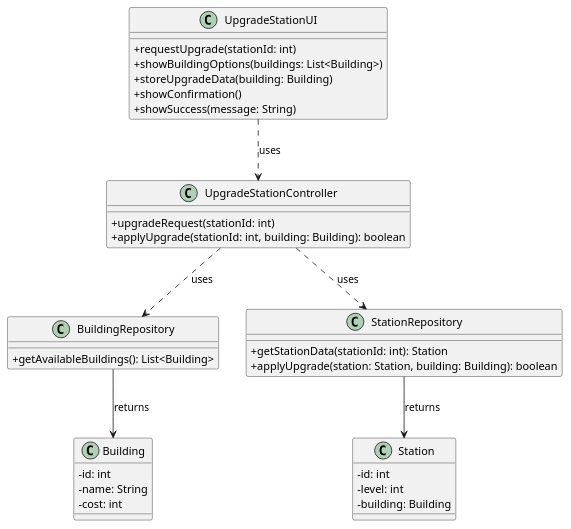
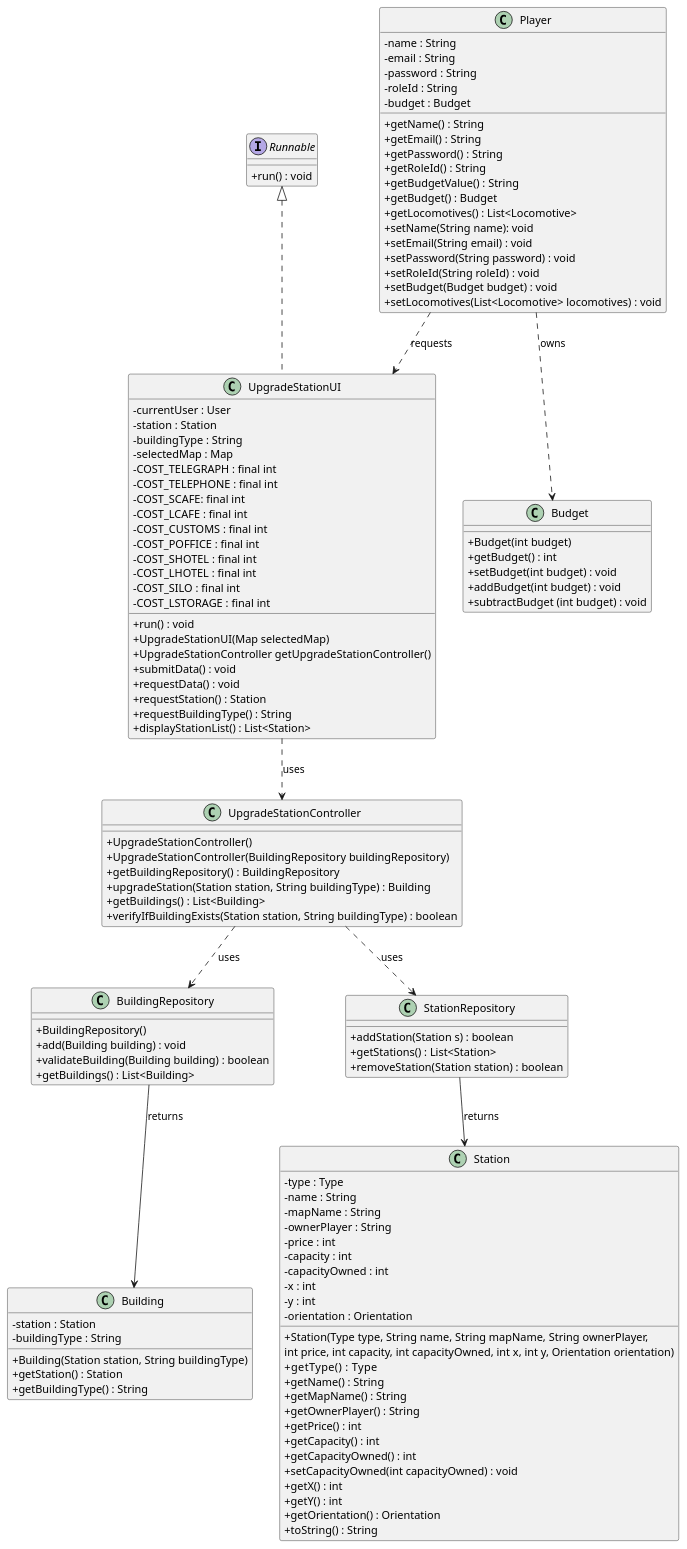
Before and after one commit to goncalolopesp/sem2-pi-24.25-g093-repo: the diagram in docs/system-documentation/US006/03.design/puml/US006-CD.puml, drawn with PlantUML. The commit also changed 3 other files, not shown here.

```diff
--- a/docs/system-documentation/US006/03.design/puml/US006-CD.puml
+++ b/docs/system-documentation/US006/03.design/puml/US006-CD.puml
@@ -1,48 +1,133 @@
 @startuml US006-CD
 skinparam packageStyle rectangle
 skinparam shadowing false
 skinparam linetype polyline
 skinparam classAttributeIconSize 0
 
-class UpgradeStationUI {
-  + requestUpgrade(stationId: int)
-  + showBuildingOptions(buildings: List<Building>)
-  + storeUpgradeData(building: Building)
-  + showConfirmation()
-  + showSuccess(message: String)
+interface Runnable{
+    + run() : void
+}
+class UpgradeStationUI implements Runnable {
+  - currentUser : User
+  - station : Station
+  - buildingType : String
+  - selectedMap : Map
+  - COST_TELEGRAPH : final int
+  - COST_TELEPHONE : final int
+  - COST_SCAFE: final int
+  - COST_LCAFE : final int
+  - COST_CUSTOMS : final int
+  - COST_POFFICE : final int
+  - COST_SHOTEL : final int
+  - COST_LHOTEL : final int
+  - COST_SILO : final int
+  - COST_LSTORAGE : final int
+  + run() : void
+  + UpgradeStationUI(Map selectedMap)
+  + UpgradeStationController getUpgradeStationController()
+  + submitData() : void
+  + requestData() : void
+  + requestStation() : Station
+  + requestBuildingType() : String
+  + displayStationList() : List<Station>
 }
 
 class UpgradeStationController {
-  + upgradeRequest(stationId: int)
-  + applyUpgrade(stationId: int, building: Building): boolean
+  + UpgradeStationController()
+  + UpgradeStationController(BuildingRepository buildingRepository)
+  + getBuildingRepository() : BuildingRepository
+  + upgradeStation(Station station, String buildingType) : Building
+  + getBuildings() : List<Building>
+  + verifyIfBuildingExists(Station station, String buildingType) : boolean
 }
 
 class BuildingRepository {
-  + getAvailableBuildings(): List<Building>
+  + BuildingRepository()
+  + add(Building building) : void
+  + validateBuilding(Building building) : boolean
+  + getBuildings() : List<Building>
 }
 
 class StationRepository {
-  + getStationData(stationId: int): Station
-  + applyUpgrade(station: Station, building: Building): boolean
+  + addStation(Station s) : boolean
+  + getStations() : List<Station>
+  + removeStation(Station station) : boolean
 }
 
 class Building {
-  - id: int
-  - name: String
-  - cost: int
+  - station : Station
+  - buildingType : String
+  + Building(Station station, String buildingType)
+  + getStation() : Station
+  + getBuildingType() : String
 }
 
 class Station {
-  - id: int
-  - level: int
-  - building: Building
+    - type : Type
+    - name : String
+    - mapName : String
+    - ownerPlayer : String
+    - price : int
+    - capacity : int
+    - capacityOwned : int
+    - x : int
+    - y : int
+    - orientation : Orientation
+    + Station(Type type, String name, String mapName, String ownerPlayer,
+                         int price, int capacity, int capacityOwned, int x, int y, Orientation orientation)
+    + getType()   : Type
+    + getName() : String
+    + getMapName() : String
+    + getOwnerPlayer() : String
+    + getPrice() : int
+    + getCapacity() : int
+    + getCapacityOwned() : int
+    + setCapacityOwned(int capacityOwned) : void
+    + getX() : int
+    + getY() : int
+    + getOrientation() : Orientation
+    + toString() : String
+
 }
+
+class Player {
+    - name : String
+    - email : String
+    - password : String
+    - roleId : String
+    - budget : Budget
+    + getName() : String
+    + getEmail() : String
+    + getPassword() : String
+    + getRoleId() : String
+    + getBudgetValue() : String
+    + getBudget() : Budget
+    + getLocomotives() : List<Locomotive>
+    + setName(String name): void
+    + setEmail(String email) : void
+    + setPassword(String password) : void
+    + setRoleId(String roleId) : void
+    + setBudget(Budget budget) : void
+    + setLocomotives(List<Locomotive> locomotives) : void
+
+}
+
+class Budget {
+    + Budget(int budget)
+    + getBudget() : int
+    + setBudget(int budget) : void
+    + addBudget(int budget) : void
+    + subtractBudget (int budget) : void
+}
+
+Player ..> Budget : owns
+Player ..> UpgradeStationUI : requests
 
 UpgradeStationUI ..> UpgradeStationController     : uses
 UpgradeStationController ..> BuildingRepository   : uses
 UpgradeStationController ..> StationRepository    : uses
 
 BuildingRepository --> Building    : returns
 StationRepository  --> Station     : returns
 
 @enduml
```
